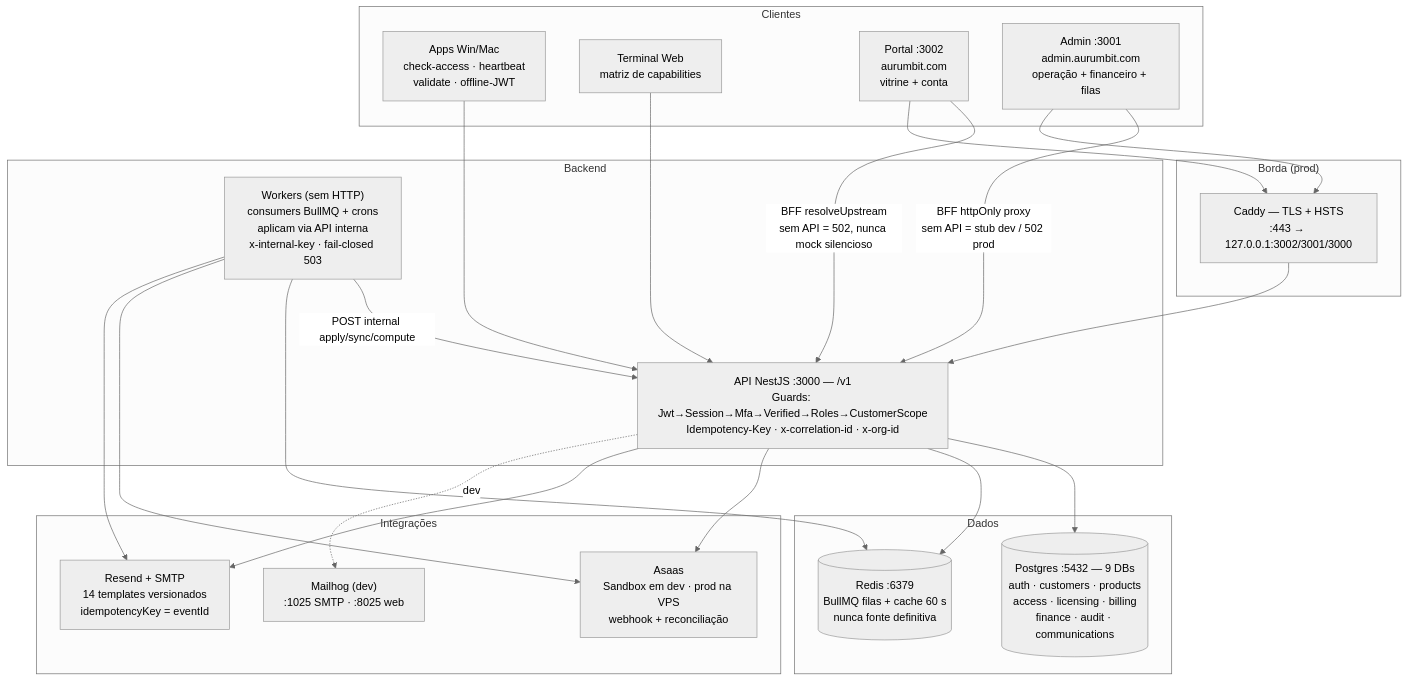
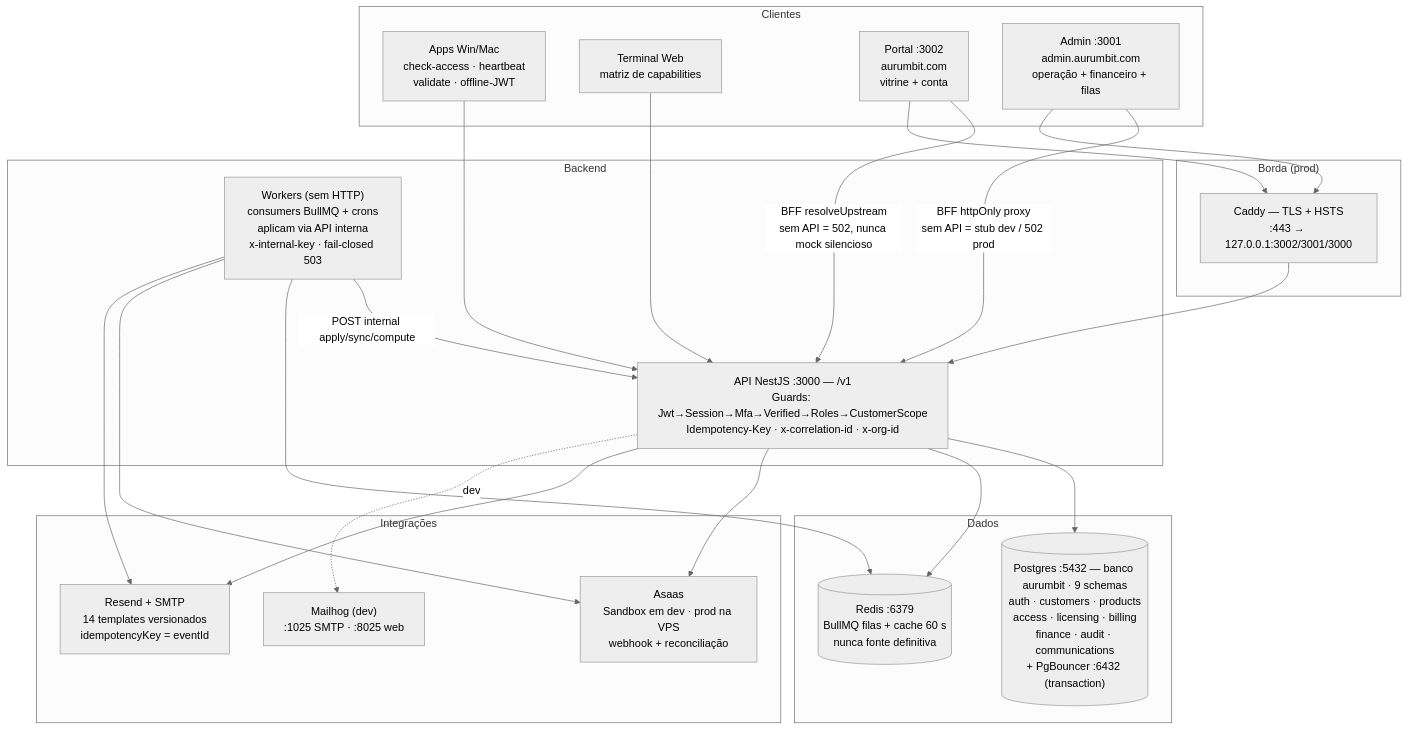
The diagram in README.md (Davidev29/backend-aurumbit), drawn with Mermaid (neutral theme) before and after one commit. The commit also changed other lines of this file and 3 other files, not shown here.

````diff
--- a/README.md
+++ b/README.md
@@ -65,47 +65,47 @@
 ```mermaid
 flowchart TB
     subgraph clients["Clientes"]
         desktop["Apps Win/Mac\ncheck-access · heartbeat\nvalidate · offline-JWT"]
         webapp["Terminal Web\nmatriz de capabilities"]
         portal["Portal :3002\naurumbit.com\nvitrine + conta"]
         adminUI["Admin :3001\nadmin.aurumbit.com\noperação + financeiro + filas"]
     end
 
     subgraph edge["Borda (prod)"]
         caddy["Caddy — TLS + HSTS\n:443 → 127.0.0.1:3002/3001/3000"]
     end
 
     subgraph backend["Backend"]
         api["API NestJS :3000 — /v1\nGuards: Jwt→Session→Mfa→Verified→Roles→CustomerScope\nIdempotency-Key · x-correlation-id · x-org-id"]
         workers["Workers (sem HTTP)\nconsumers BullMQ + crons\naplicam via API interna\nx-internal-key · fail-closed 503"]
     end
 
     subgraph data["Dados"]
-        pg[("Postgres :5432 — 9 DBs\nauth · customers · products\naccess · licensing · billing\nfinance · audit · communications")]
+        pg[("Postgres :5432 — banco aurumbit · 9 schemas\nauth · customers · products\naccess · licensing · billing\nfinance · audit · communications\n+ PgBouncer :6432 (transaction)")]
         redis[("Redis :6379\nBullMQ filas + cache 60 s\nnunca fonte definitiva")]
     end
 
     subgraph ext["Integrações"]
         asaas["Asaas\nSandbox em dev · prod na VPS\nwebhook + reconciliação"]
         resend["Resend + SMTP\n14 templates versionados\nidempotencyKey = eventId"]
         mailhog["Mailhog (dev)\n:1025 SMTP · :8025 web"]
     end
 
     desktop --> api
     webapp --> api
     portal -->|BFF resolveUpstream<br/>sem API = 502, nunca mock silencioso| api
     adminUI -->|BFF httpOnly proxy<br/>sem API = stub dev / 502 prod| api
     portal --> caddy
     adminUI --> caddy
     caddy --> api
 
     api --> pg
     api --> redis
     workers -->|POST internal apply/sync/compute| api
     workers --> redis
     api --> asaas
     workers --> asaas
     api --> resend
     workers --> resend
     api -.dev.-> mailhog
 ```
````
